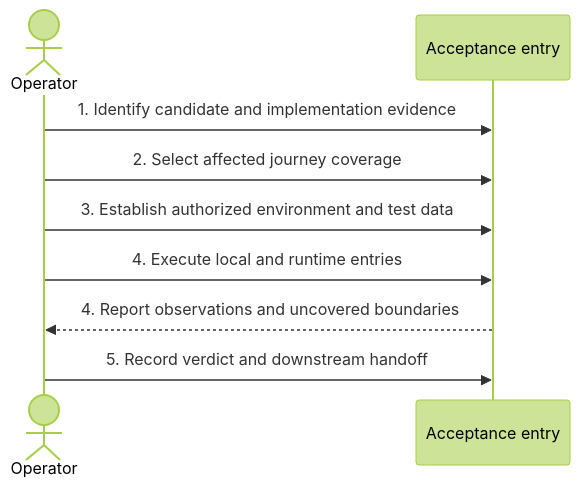
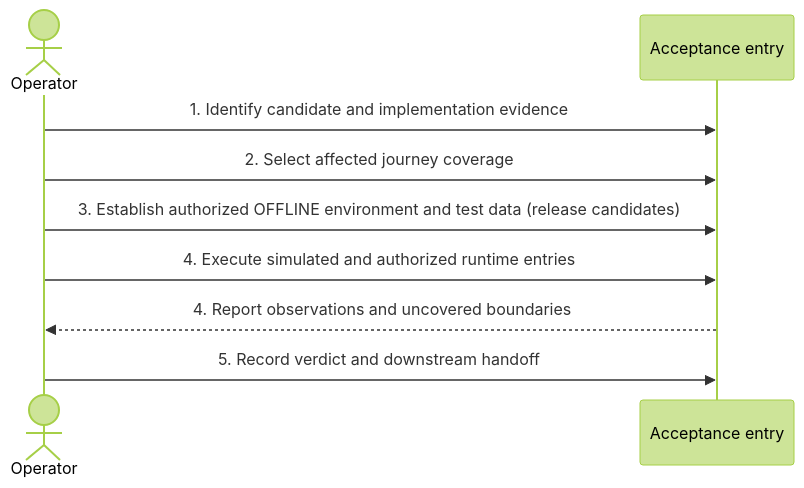
Before and after one commit to lengthlong/exercise_arena: the diagram in journey/0013-accept-integrated-slice.md, drawn with Mermaid (forest theme). The commit also changed other lines of this file and 5 other files, not shown here.

First line of the commit message:
Discussion 0040: tiered acceptance (simulated and authorized runtime)

````diff
--- a/journey/0013-accept-integrated-slice.md
+++ b/journey/0013-accept-integrated-slice.md
@@ -8,11 +8,11 @@
 ```mermaid
 sequenceDiagram
     actor O as Operator
     participant A as Acceptance entry
     O->>A: 1. Identify candidate and implementation evidence
     O->>A: 2. Select affected journey coverage
-    O->>A: 3. Establish authorized environment and test data
-    O->>A: 4. Execute local and runtime entries
+    O->>A: 3. Establish authorized OFFLINE environment and test data (release candidates)
+    O->>A: 4. Execute simulated and authorized runtime entries
     A-->>O: 4. Report observations and uncovered boundaries
     O->>A: 5. Record verdict and downstream handoff
 ```
````
